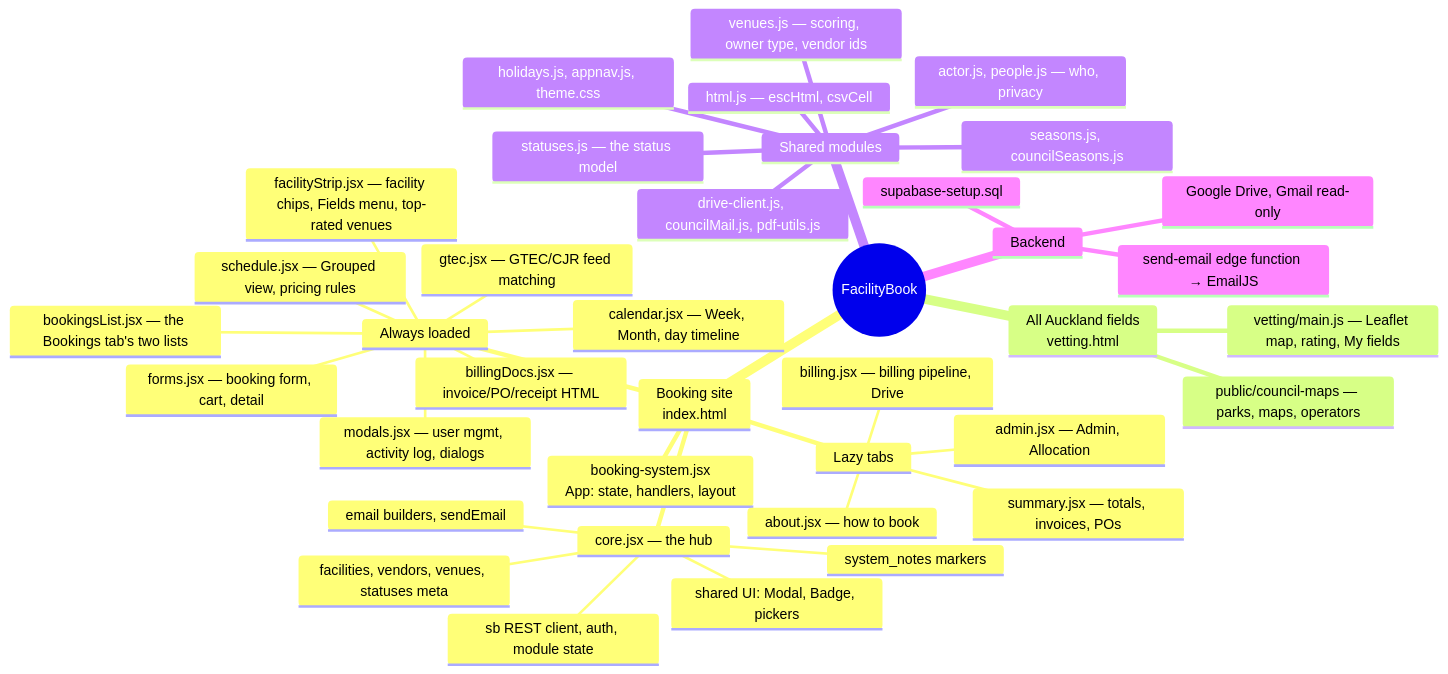
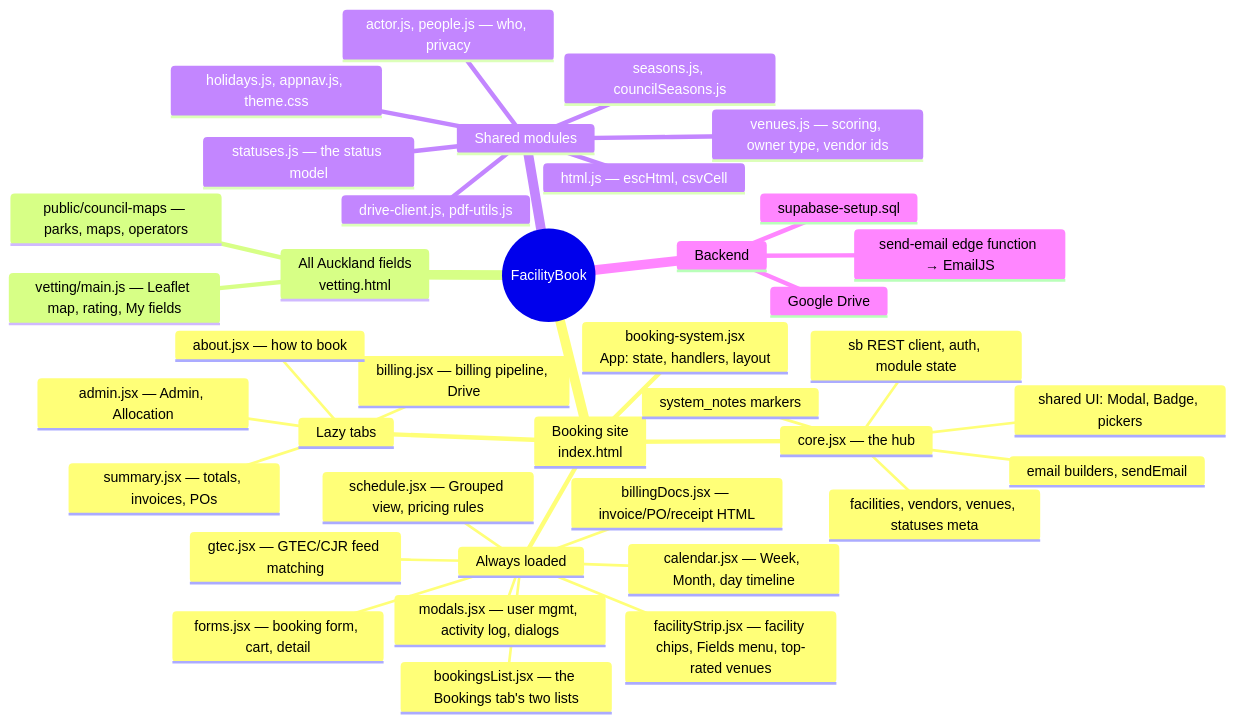
The first of 2 diagrams in docs/HANDOVER.md (aucklandmixedultimate/facility-booking), drawn with Mermaid before and after one commit. The commit also changed other lines of this file and 8 other files, not shown here.

First line of the commit message:
Council: the extension's portal sync replaces the Gmail email sync

````diff
--- a/docs/HANDOVER.md
+++ b/docs/HANDOVER.md
@@ -15,41 +15,41 @@
 ```mermaid
 mindmap
   root((FacilityBook))
     Booking site<br/>index.html
       booking-system.jsx<br/>App: state, handlers, layout
       core.jsx — the hub
         sb REST client, auth, module state
         facilities, vendors, venues, statuses meta
         system_notes markers
         email builders, sendEmail
         shared UI: Modal, Badge, pickers
       Always loaded
         calendar.jsx — Week, Month, day timeline
         facilityStrip.jsx — facility chips, Fields menu, top-rated venues
         bookingsList.jsx — the Bookings tab's two lists
         forms.jsx — booking form, cart, detail
         modals.jsx — user mgmt, activity log, dialogs
         schedule.jsx — Grouped view, pricing rules
         gtec.jsx — GTEC/CJR feed matching
         billingDocs.jsx — invoice/PO/receipt HTML
       Lazy tabs
         summary.jsx — totals, invoices, POs
         billing.jsx — billing pipeline, Drive
         admin.jsx — Admin, Allocation
         about.jsx — how to book
     All Auckland fields<br/>vetting.html
       vetting/main.js — Leaflet map, rating, My fields
       public/council-maps — parks, maps, operators
     Shared modules
       statuses.js — the status model
       html.js — escHtml, csvCell
       venues.js — scoring, owner type, vendor ids
       actor.js, people.js — who, privacy
       seasons.js, councilSeasons.js
       holidays.js, appnav.js, theme.css
-      drive-client.js, councilMail.js, pdf-utils.js
+      drive-client.js, pdf-utils.js
     Backend
       supabase-setup.sql
       send-email edge function → EmailJS
-      Google Drive, Gmail read-only
+      Google Drive
 ```
````
